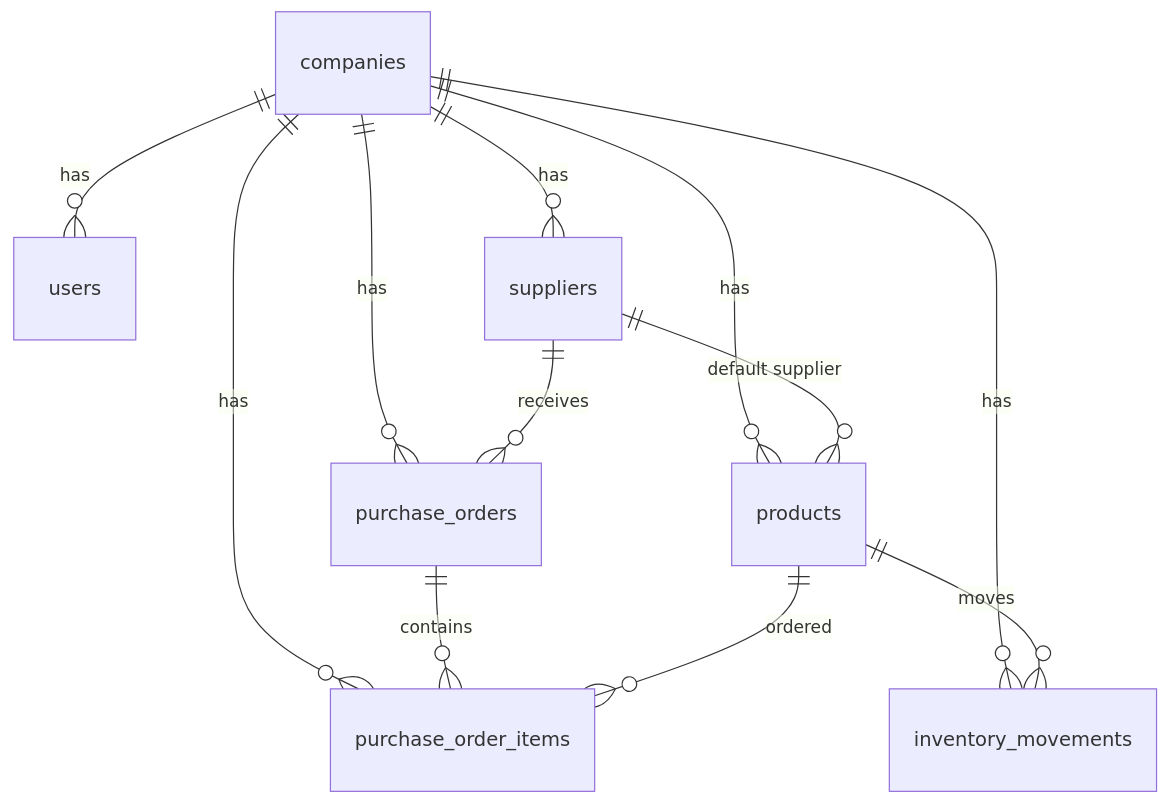
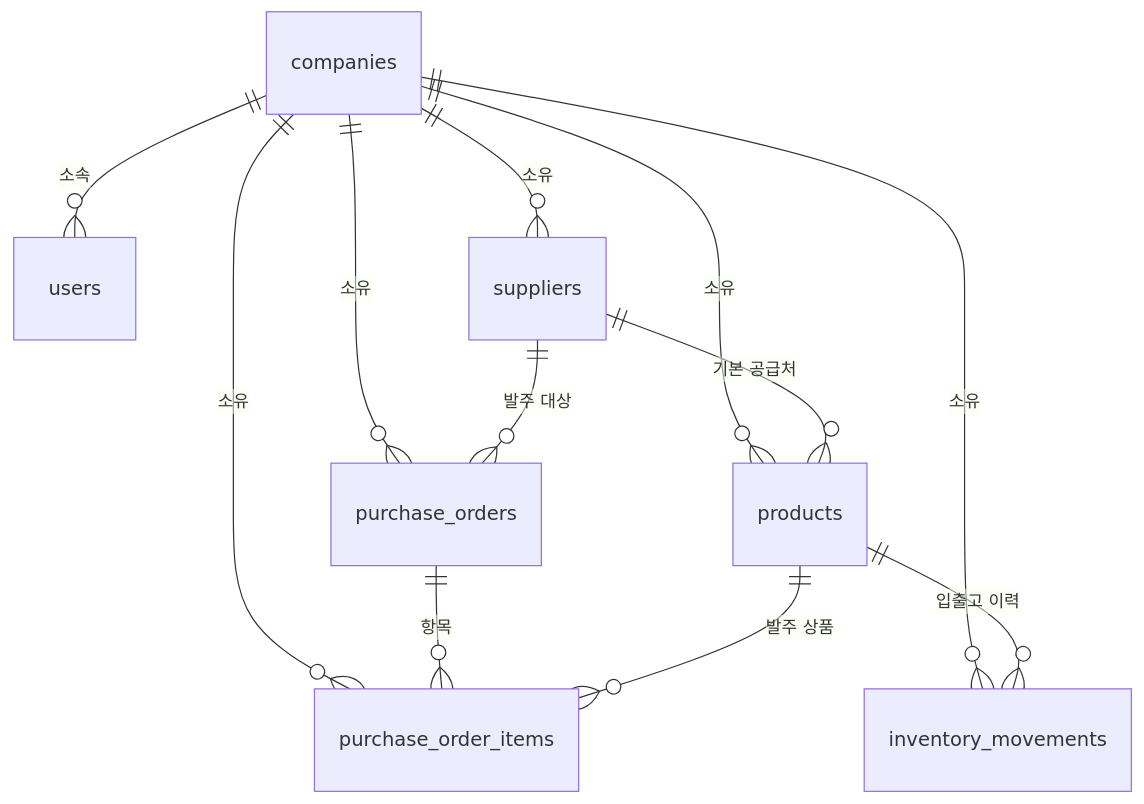
Before and after one commit to donghyunwoo1222/Cloud-scm-ax: the diagram in docs/06-system-design/erd.md, drawn with Mermaid. The commit also changed other lines of this file and 3 other files, not shown here.

````diff
--- a/docs/06-system-design/erd.md
+++ b/docs/06-system-design/erd.md
@@ -40,14 +40,14 @@
 ```mermaid
 erDiagram
-    companies ||--o{ users : has
-    companies ||--o{ suppliers : has
-    companies ||--o{ products : has
-    companies ||--o{ purchase_orders : has
-    companies ||--o{ purchase_order_items : has
-    companies ||--o{ inventory_movements : has
-    suppliers ||--o{ products : "default supplier"
-    suppliers ||--o{ purchase_orders : receives
-    purchase_orders ||--o{ purchase_order_items : contains
-    products ||--o{ purchase_order_items : ordered
-    products ||--o{ inventory_movements : moves
+    companies ||--o{ users : "소속"
+    companies ||--o{ suppliers : "소유"
+    companies ||--o{ products : "소유"
+    companies ||--o{ purchase_orders : "소유"
+    companies ||--o{ purchase_order_items : "소유"
+    companies ||--o{ inventory_movements : "소유"
+    suppliers ||--o{ products : "기본 공급처"
+    suppliers ||--o{ purchase_orders : "발주 대상"
+    purchase_orders ||--o{ purchase_order_items : "항목"
+    products ||--o{ purchase_order_items : "발주 상품"
+    products ||--o{ inventory_movements : "입출고 이력"
 ```
````
